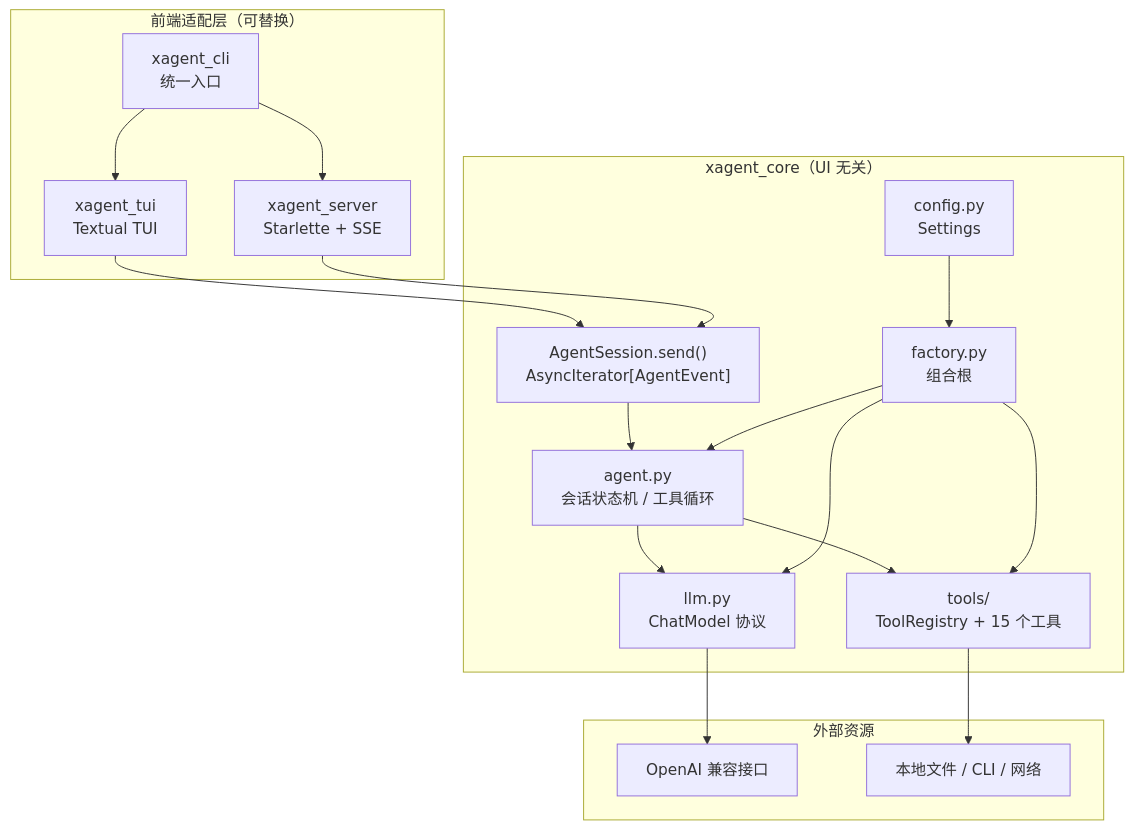
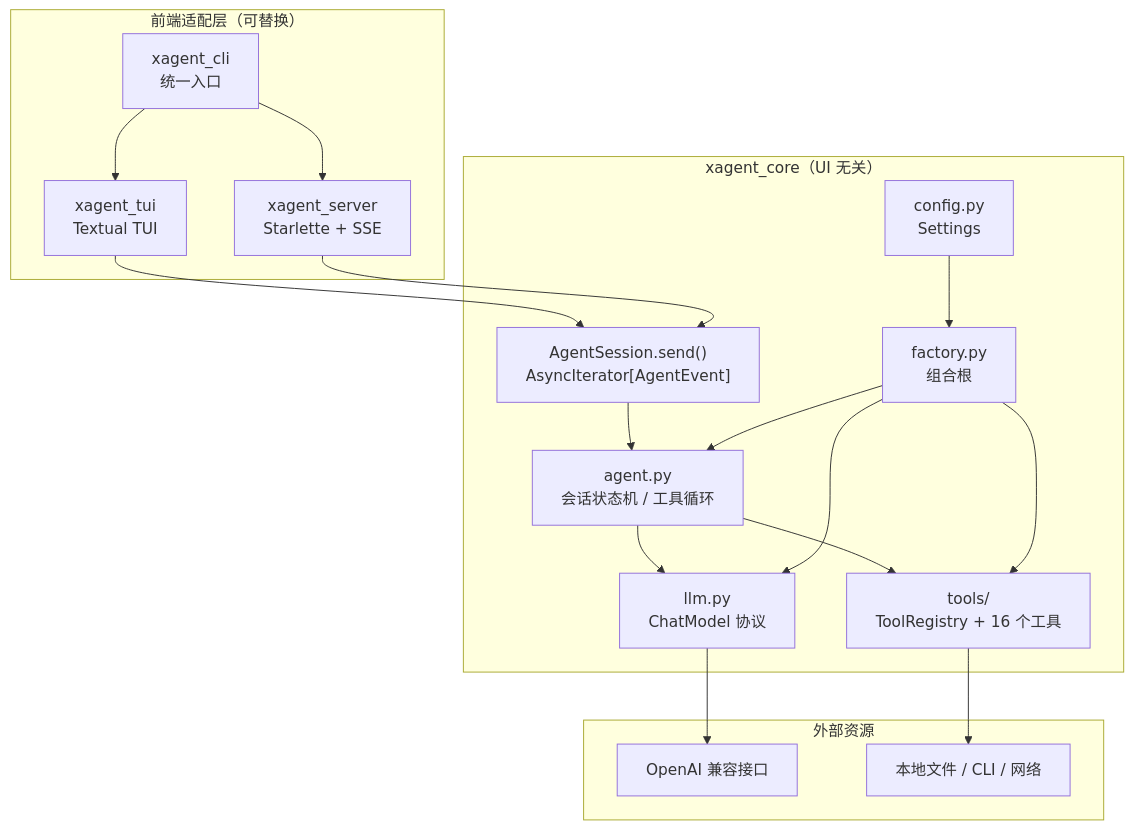
The diagram in agent/xagent/README.md (weiwei150/weiwei150), drawn with Mermaid before and after one commit. The commit also changed other lines of this file and 11 other files, not shown here.

````diff
--- a/agent/xagent/README.md
+++ b/agent/xagent/README.md
@@ -88,35 +88,35 @@
 ```mermaid
 flowchart TB
     subgraph FRONT["前端适配层（可替换）"]
         TUI["xagent_tui<br/>Textual TUI"]
         WEB["xagent_server<br/>Starlette + SSE"]
         CLI["xagent_cli<br/>统一入口"]
     end
 
     subgraph CORE["xagent_core（UI 无关）"]
         API["AgentSession.send()<br/>AsyncIterator[AgentEvent]"]
         AGENT["agent.py<br/>会话状态机 / 工具循环"]
         LLM["llm.py<br/>ChatModel 协议"]
-        TOOLS["tools/<br/>ToolRegistry + 15 个工具"]
+        TOOLS["tools/<br/>ToolRegistry + 16 个工具"]
         CONFIG["config.py<br/>Settings"]
         FACTORY["factory.py<br/>组合根"]
     end
 
     subgraph EXT["外部资源"]
         APIEXT["OpenAI 兼容接口"]
         FS["本地文件 / CLI / 网络"]
     end
 
     CLI --> TUI
     CLI --> WEB
     TUI --> API
     WEB --> API
 
     API --> AGENT
     AGENT --> LLM --> APIEXT
     AGENT --> TOOLS --> FS
     FACTORY --> AGENT
     FACTORY --> LLM
     FACTORY --> TOOLS
     CONFIG --> FACTORY
 ```
````
